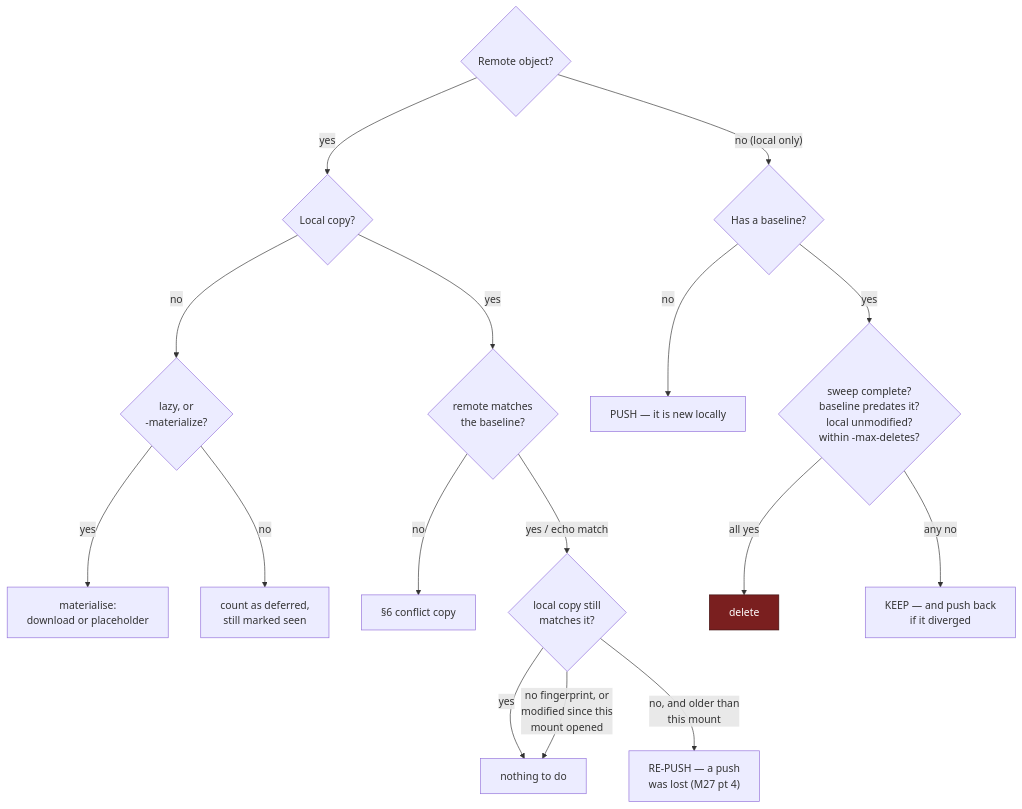
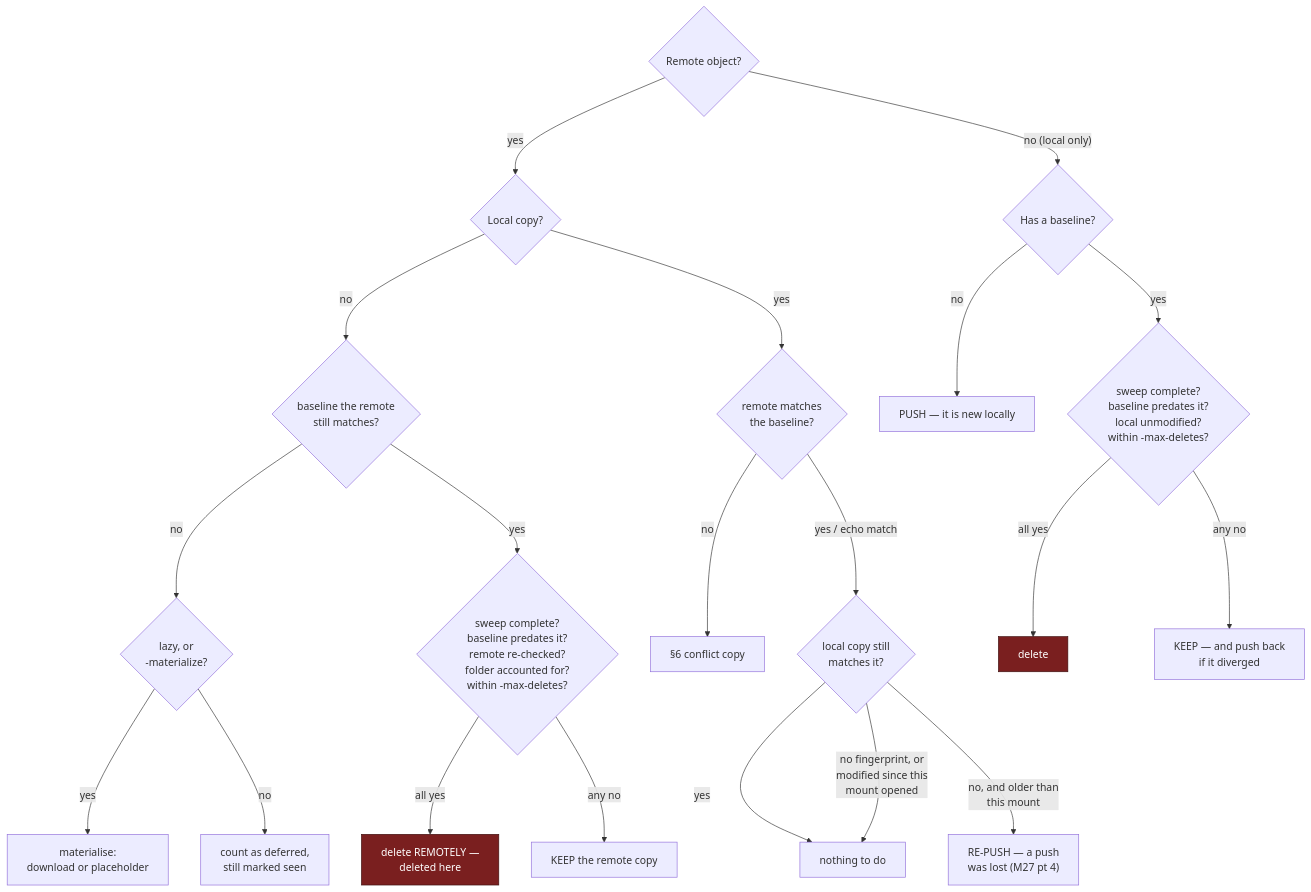
Before and after one commit to syshlted/drivel: the fifth of 9 diagrams in docs/dev/workflows.md, drawn with Mermaid. The commit also changed other lines of this file and 16 other files, not shown here.

First line of the commit message:
Delete remotely what was deleted here while drivel was down

````diff
--- a/docs/dev/workflows.md
+++ b/docs/dev/workflows.md
@@ -225,24 +225,28 @@
 ```mermaid
 flowchart TD
     q{"Remote object?"} -->|yes| ql{"Local copy?"}
     q -->|"no (local only)"| qb2{"Has a baseline?"}
 
-    ql -->|no| mat{"lazy, or<br/>-materialize?"}
+    ql -->|no| qg{"baseline the remote<br/>still matches?"}
+    qg -->|no| mat{"lazy, or<br/>-materialize?"}
+    qg -->|yes| guards2{"sweep complete?<br/>baseline predates it?<br/>remote re-checked?<br/>folder accounted for?<br/>within -max-deletes?"}
+    guards2 -->|all yes| delr["delete REMOTELY —<br/>deleted here"]
+    guards2 -->|any no| keepr["KEEP the remote copy"]
     mat -->|yes| dl2["materialise:<br/>download or placeholder"]
     mat -->|no| defer["count as deferred,<br/>still marked seen"]
 
     ql -->|yes| qb{"remote matches<br/>the baseline?"}
     qb -->|no| conf["§6 conflict copy"]
     qb -->|"yes / echo match"| qlf{"local copy still<br/>matches it?"}
     qlf -->|yes| nop["nothing to do"]
     qlf -->|"no fingerprint, or<br/>modified since this<br/>mount opened"| nop
     qlf -->|"no, and older than<br/>this mount"| repush["RE-PUSH — a push<br/>was lost (M27 pt 4)"]
 
     qb2 -->|no| push["PUSH — it is new locally"]
     qb2 -->|yes| guards{"sweep complete?<br/>baseline predates it?<br/>local unmodified?<br/>within -max-deletes?"}
     guards -->|all yes| del["delete"]
     guards -->|any no| keep["KEEP — and push back<br/>if it diverged"]
 
     classDef danger fill:#7a1f1f,stroke:#3d0f0f,color:#fff
-    class del danger
+    class del,delr danger
 ```
````
